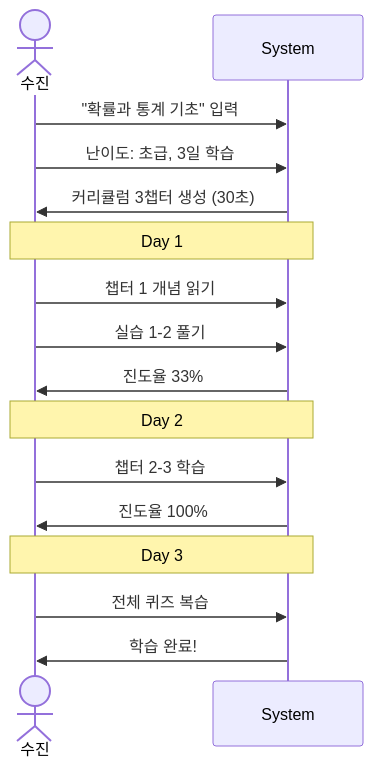
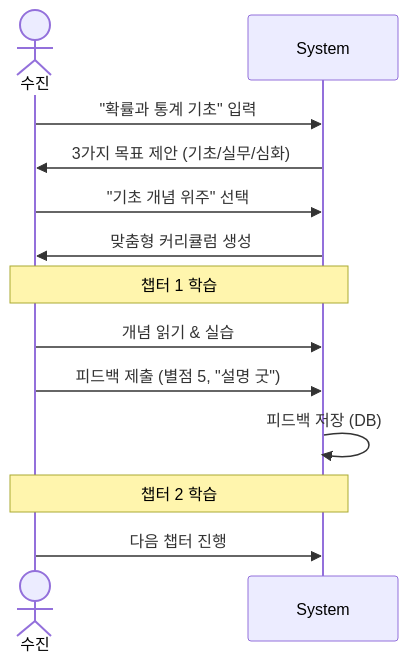
One commit to I-nkamanda/poppins changed the fourth of 10 diagrams in plans/pop_pins_ii_sequence_diagram.md. Above: the diagram before and after it, drawn with Mermaid. The commit also changed other lines of this file and 15 other files, not shown here.

````diff
--- a/plans/pop_pins_ii_sequence_diagram.md
+++ b/plans/pop_pins_ii_sequence_diagram.md
@@ -93,22 +98,19 @@
 ```mermaid
 sequenceDiagram
     actor 수진
     participant System
     
     수진->>System: "확률과 통계 기초" 입력
-    수진->>System: 난이도: 초급, 3일 학습
-    System->>수진: 커리큘럼 3챕터 생성 (30초)
+    System->>수진: 3가지 목표 제안 (기초/실무/심화)
+    수진->>System: "기초 개념 위주" 선택
     
-    Note over 수진,System: Day 1
-    수진->>System: 챕터 1 개념 읽기
-    수진->>System: 실습 1-2 풀기
-    System->>수진: 진도율 33%
+    System->>수진: 맞춤형 커리큘럼 생성
     
-    Note over 수진,System: Day 2
-    수진->>System: 챕터 2-3 학습
-    System->>수진: 진도율 100%
+    Note over 수진,System: 챕터 1 학습
+    수진->>System: 개념 읽기 & 실습
+    수진->>System: 피드백 제출 (별점 5, "설명 굿")
+    System->>System: 피드백 저장 (DB)
     
-    Note over 수진,System: Day 3
-    수진->>System: 전체 퀴즈 복습
-    System->>수진: 학습 완료!
+    Note over 수진,System: 챕터 2 학습
+    수진->>System: 다음 챕터 진행
 ```
````
